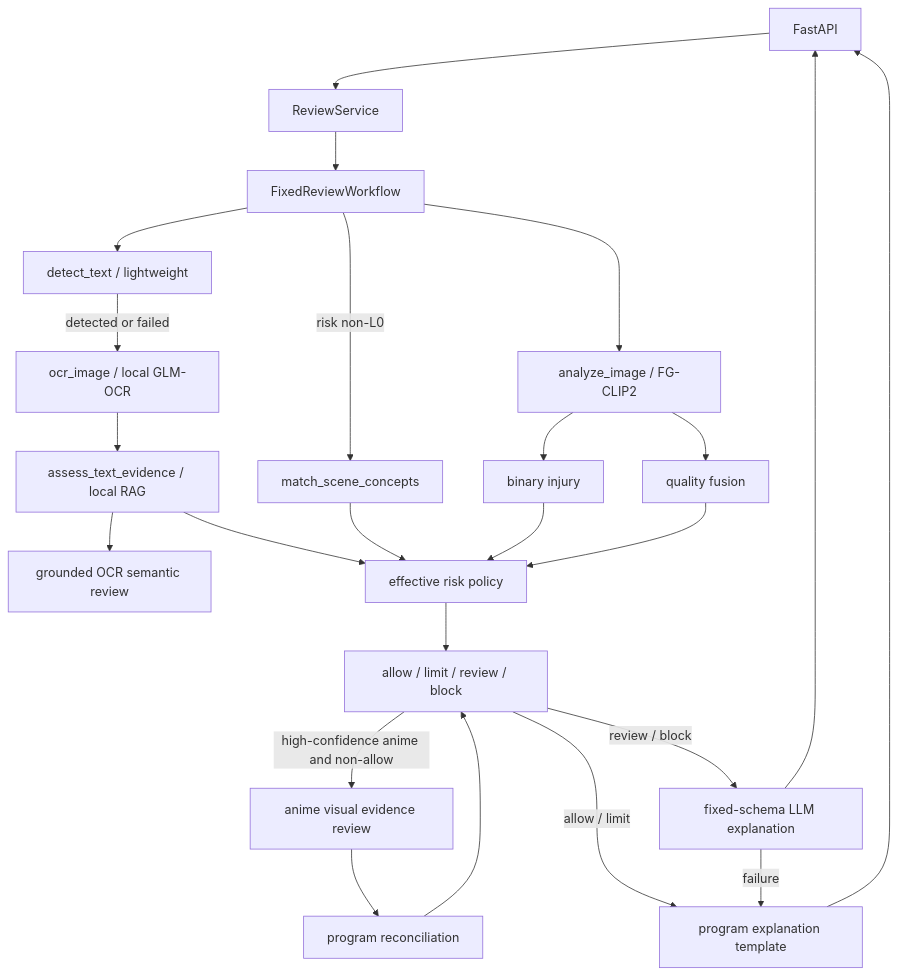
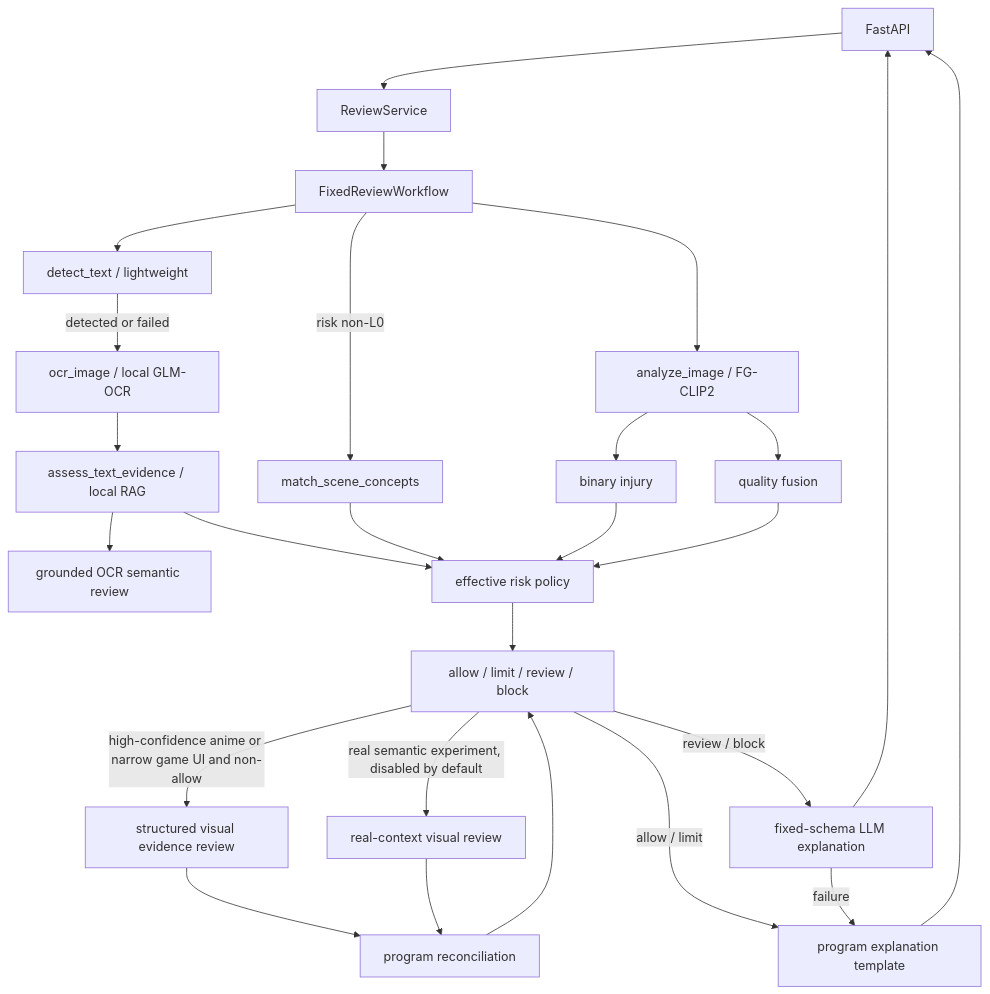
The diagram in docs/architecture.md (ZhangGuannanHIT/Image-Review-Agent), drawn with Mermaid before and after one commit. The commit also changed other lines of this file and 21 other files, not shown here.

````diff
--- a/docs/architecture.md
+++ b/docs/architecture.md
@@ -11,26 +11,28 @@
 ```mermaid
 flowchart TD
     API[FastAPI] --> SVC[ReviewService]
     SVC --> WF[FixedReviewWorkflow]
     WF --> CLIP[analyze_image / FG-CLIP2]
     CLIP --> BINARY[binary injury]
     CLIP --> QUALITY[quality fusion]
     WF --> DETECT[detect_text / lightweight]
     DETECT -->|detected or failed| OCR[ocr_image / local GLM-OCR]
     OCR --> RAG[assess_text_evidence / local RAG]
     RAG --> TSEM[grounded OCR semantic review]
     WF -->|risk non-L0| SCENE[match_scene_concepts]
     RAG --> POLICY[effective risk policy]
     SCENE --> POLICY
     BINARY --> POLICY
     QUALITY --> POLICY
     POLICY --> ACTION[allow / limit / review / block]
-    ACTION -->|high-confidence anime and non-allow| AVIS[anime visual evidence review]
+    ACTION -->|high-confidence anime or narrow game UI and non-allow| AVIS[structured visual evidence review]
     AVIS --> POLICY2[program reconciliation]
+    ACTION -->|real semantic experiment, disabled by default| RVIS[real-context visual review]
+    RVIS --> POLICY2
     POLICY2 --> ACTION
     ACTION -->|allow / limit| TEMPLATE[program explanation template]
     ACTION -->|review / block| EXPLAIN[fixed-schema LLM explanation]
     EXPLAIN -->|failure| TEMPLATE
     EXPLAIN --> API
     TEMPLATE --> API
 ```
````
